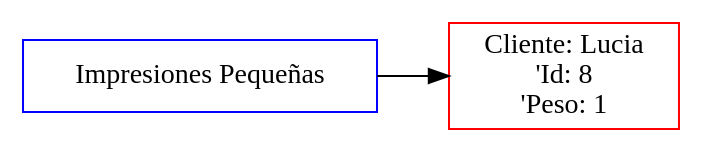
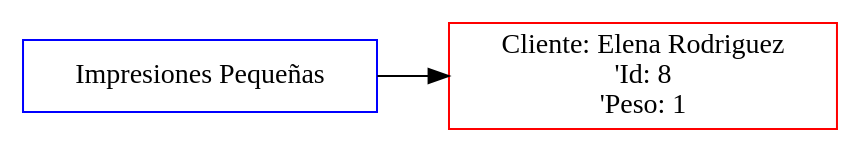
Before and after one commit to FranklinONP/EDD_PROYECTO_202200089: the diagram in Proyecto1/Proyecto1_202200089/Pruebas/PJ/pequena.dot, drawn with Graphviz. The commit also changed 15 other files, not shown here.

```diff
--- a/Proyecto1/Proyecto1_202200089/Pruebas/PJ/pequena.dot
+++ b/Proyecto1/Proyecto1_202200089/Pruebas/PJ/pequena.dot
@@ -1,6 +1,6 @@
  digraph G {
  rankdir=LR;
  inicio [label="Impresiones Pequeñas", color="blue", shape="rectangle"];
- node0 [label="Cliente: Lucia\n'Id: 8\n'Peso: 1", color="red", shape="rectangle"];
+ node0 [label="Cliente: Elena Rodriguez\n'Id: 8\n'Peso: 1", color="red", shape="rectangle"];
  inicio -> node0 [dir="forward"];
  }
```
